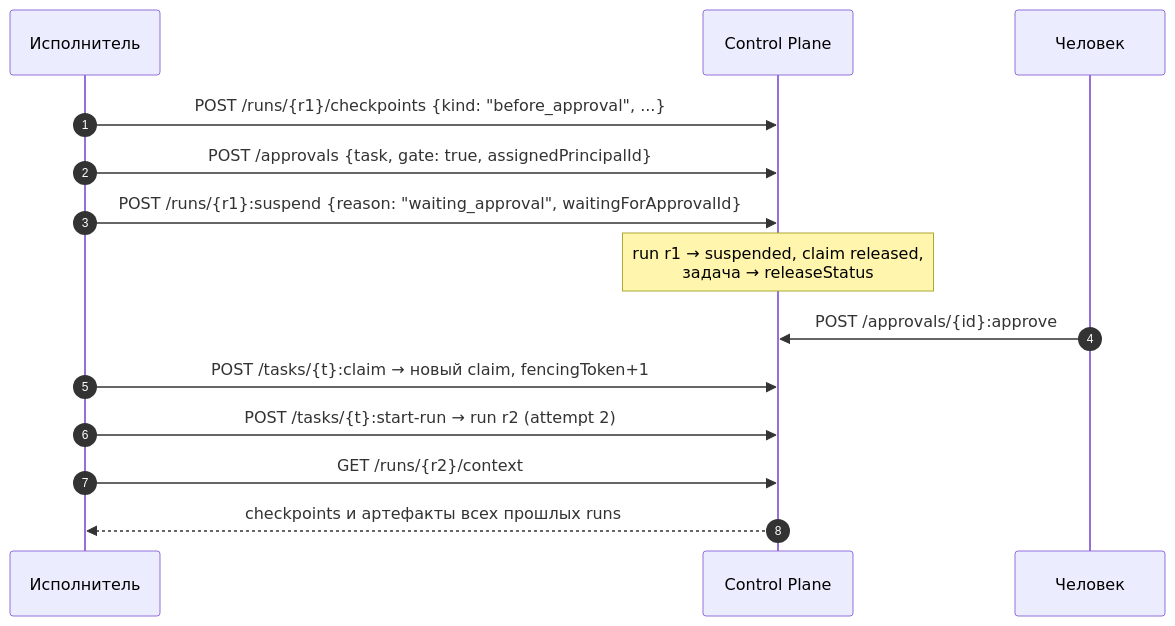
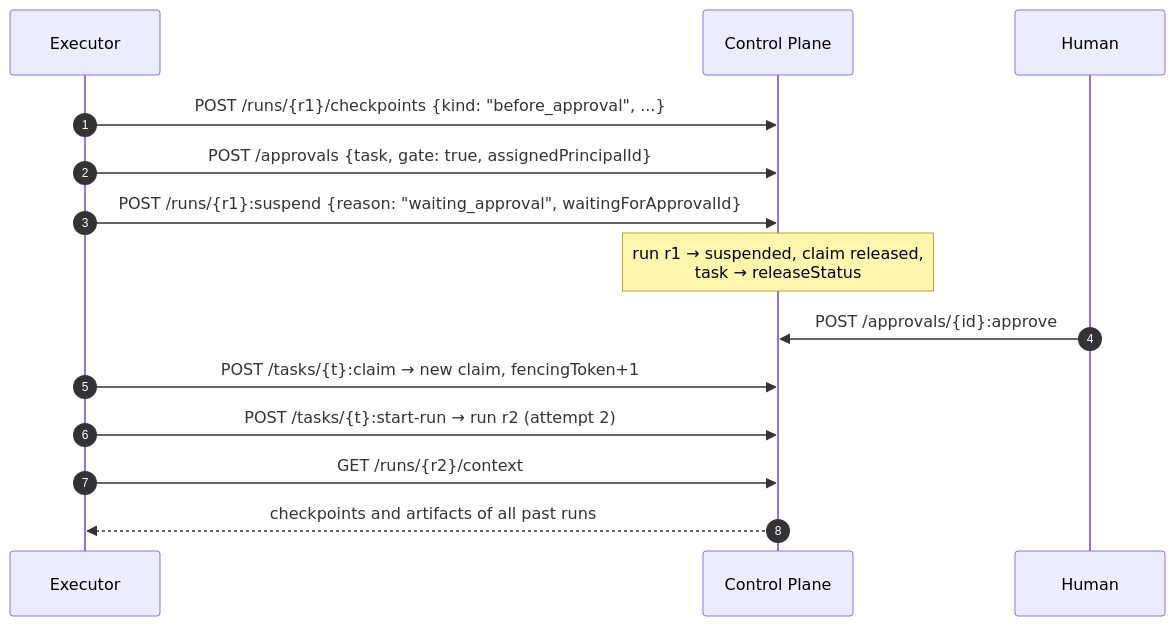
The fifth of 6 diagrams in guide/docs/control-plane/execution.md (monthu56/taimen), drawn with Mermaid before and after one commit. The commit also changed other lines of this file and 183 other files, not shown here.

````diff
--- a/guide/docs/control-plane/execution.md
+++ b/guide/docs/control-plane/execution.md
@@ -359,16 +362,16 @@
 ```mermaid
 sequenceDiagram
     autonumber
-    participant R as Исполнитель
+    participant R as Executor
     participant CP as Control Plane
-    participant H as Человек
+    participant H as Human
     R->>CP: POST /runs/{r1}/checkpoints {kind: "before_approval", ...}
     R->>CP: POST /approvals {task, gate: true, assignedPrincipalId}
     R->>CP: POST /runs/{r1}:suspend {reason: "waiting_approval", waitingForApprovalId}
-    Note over CP: run r1 → suspended, claim released,<br/>задача → releaseStatus
+    Note over CP: run r1 → suspended, claim released,<br/>task → releaseStatus
     H->>CP: POST /approvals/{id}:approve
-    R->>CP: POST /tasks/{t}:claim → новый claim, fencingToken+1
+    R->>CP: POST /tasks/{t}:claim → new claim, fencingToken+1
     R->>CP: POST /tasks/{t}:start-run → run r2 (attempt 2)
     R->>CP: GET /runs/{r2}/context
-    CP-->>R: checkpoints и артефакты всех прошлых runs
+    CP-->>R: checkpoints and artifacts of all past runs
 ```
````
